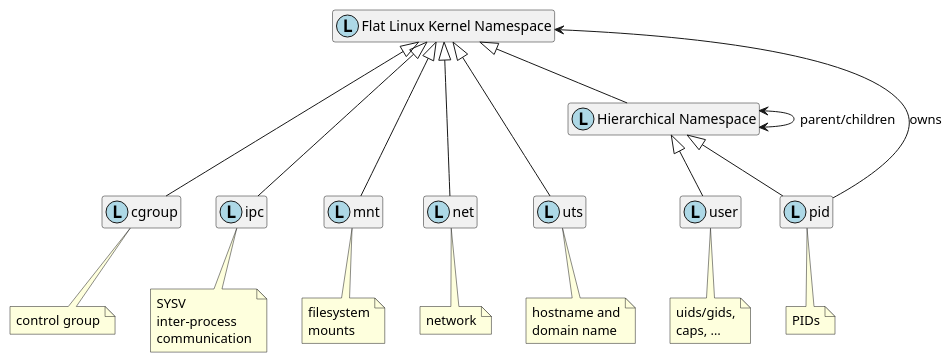
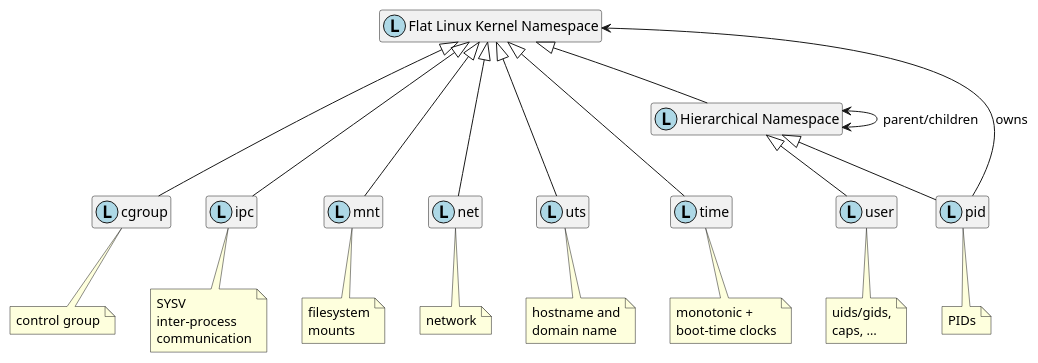
The diagram in docs/uml/linux-namespaces-uml.md (thediveo/lxkns), drawn with PlantUML before and after one commit. The commit also changed 1 other file, not shown here.

````diff
--- a/docs/uml/linux-namespaces-uml.md
+++ b/docs/uml/linux-namespaces-uml.md
@@ -1,39 +1,42 @@
 ```plantuml
 hide empty fields
 hide empty methods
 
 class "Flat Linux Kernel Namespace" as ns <<(L,LightBlue)>>
 
 class cgroup <<(L,LightBlue)>>
 note bottom: control group
 ns <|--- cgroup
 class ipc <<(L,LightBlue)>>
 note bottom: SYSV\ninter-process\ncommunication
 ns <|--- ipc
 class mnt <<(L,LightBlue)>>
 note bottom: filesystem\nmounts
 ns <|--- mnt
 class net <<(L,LightBlue)>>
 note bottom: network
 ns <|--- net
 class uts <<(L,LightBlue)>>
 note bottom: hostname and\ndomain name
 ns <|--- uts
+class time <<(L,LightBlue)>>
+note bottom: monotonic +\nboot-time clocks
+ns <|--- time
 
 cgroup -[hidden] ipc
 
 class "Hierarchical Namespace" as hns <<(L,LightBlue)>>
 ns <|-- hns
 
 class pid <<(L,LightBlue)>>
 note bottom: PIDs
 hns <|-- pid
 hns <--> hns : parent/children
 
 class user <<(L,LightBlue)>>
 note bottom: uids/gids,\ncaps, …
 hns <|-- user
 ns <-- pid : owns
 
 user -[hidden] pid
 ```
````
